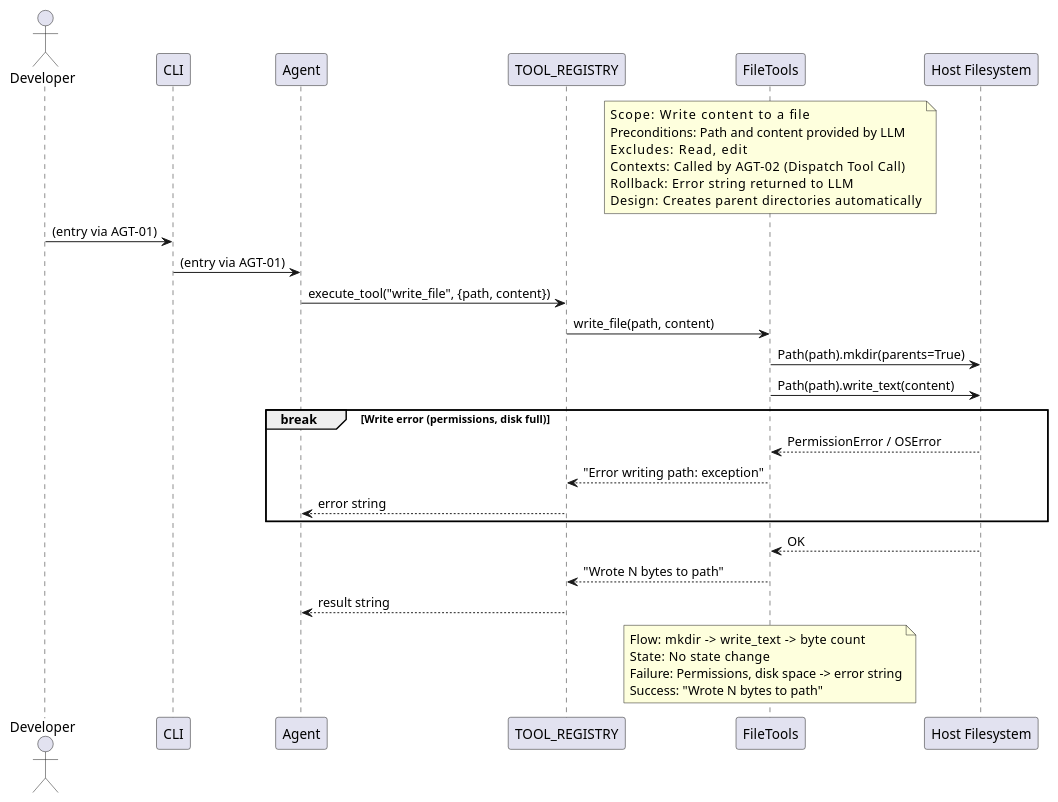
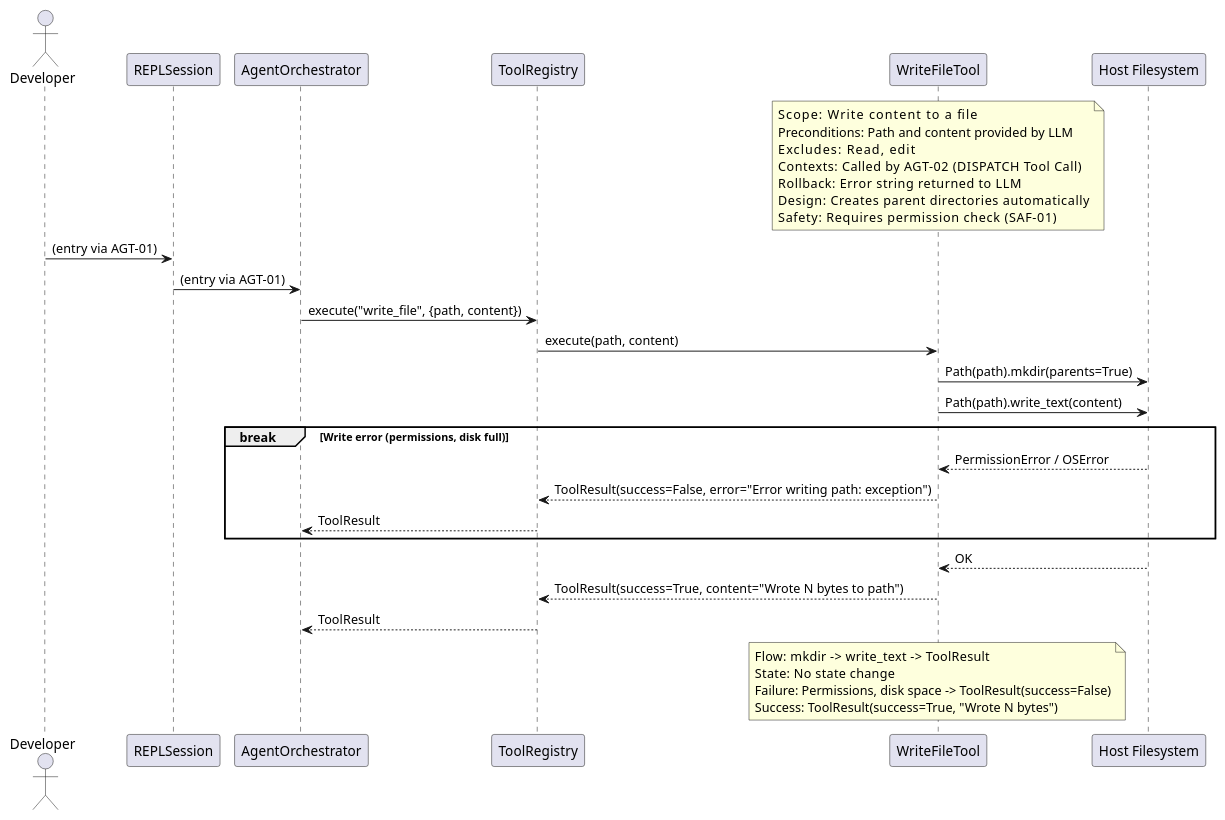
One commit to salimnamvar/nasim changed the diagram in docs/sq/TL/sq_tl02_write_file.puml. Above: the diagram before and after it, drawn with PlantUML. The commit also changed 72 other files, not shown here.

```diff
--- a/docs/sq/TL/sq_tl02_write_file.puml
+++ b/docs/sq/TL/sq_tl02_write_file.puml
@@ -1,55 +1,56 @@
 @startuml sq_tl02_write_file
 ' ============================================================
 ' Title:     TL-02 — Write File
 ' Boundary:  nasim code agent CLI
 ' Purpose:   Create or overwrite a file
-' Milestone: v0.1
-' Version:   1.0.0
-' Source:    —
-' Review:    docs/audit/audit_2026-06-20_design-chain.md
+' Milestone: v1.0
+' Version:   2.0.0
+' Source:    docs/audit/audit_2026-06-20_capability-and-architecture.md
+' Review:    —
 ' ============================================================
 
 actor "Developer" as user
-participant "CLI" as cli
-participant "Agent" as agent
-participant "TOOL_REGISTRY" as registry
-participant "FileTools" as ft
+participant "REPLSession" as repl
+participant "AgentOrchestrator" as agent
+participant "ToolRegistry" as registry
+participant "WriteFileTool" as ft
 participant "Host Filesystem" as fs
 
-box "Tools (tools.py)" #F3E5F5
+box "Tool Layer" #F3E5F5
 end box
 
 note over ft
   Scope:          Write content to a file
   Preconditions:  Path and content provided by LLM
   Excludes:       Read, edit
-  Contexts:       Called by AGT-02 (Dispatch Tool Call)
+  Contexts:       Called by AGT-02 (DISPATCH Tool Call)
   Rollback:       Error string returned to LLM
   Design:         Creates parent directories automatically
+  Safety:         Requires permission check (SAF-01)
 end note
 
-user -> cli : (entry via AGT-01)
-cli -> agent : (entry via AGT-01)
-agent -> registry : execute_tool("write_file", {path, content})
-registry -> ft : write_file(path, content)
+user -> repl : (entry via AGT-01)
+repl -> agent : (entry via AGT-01)
+agent -> registry : execute("write_file", {path, content})
+registry -> ft : execute(path, content)
 ft -> fs : Path(path).mkdir(parents=True)
 ft -> fs : Path(path).write_text(content)
 
 break Write error (permissions, disk full)
     fs --> ft : PermissionError / OSError
-    ft --> registry : "Error writing path: exception"
-    registry --> agent : error string
+    ft --> registry : ToolResult(success=False, error="Error writing path: exception")
+    registry --> agent : ToolResult
 end
 
 fs --> ft : OK
-ft --> registry : "Wrote N bytes to path"
-registry --> agent : result string
+ft --> registry : ToolResult(success=True, content="Wrote N bytes to path")
+registry --> agent : ToolResult
 
 note over ft
-  Flow:    mkdir -> write_text -> byte count
+  Flow:    mkdir -> write_text -> ToolResult
   State:   No state change
-  Failure: Permissions, disk space -> error string
-  Success: "Wrote N bytes to path"
+  Failure: Permissions, disk space -> ToolResult(success=False)
+  Success: ToolResult(success=True, "Wrote N bytes")
 end note
 
 @enduml
```
